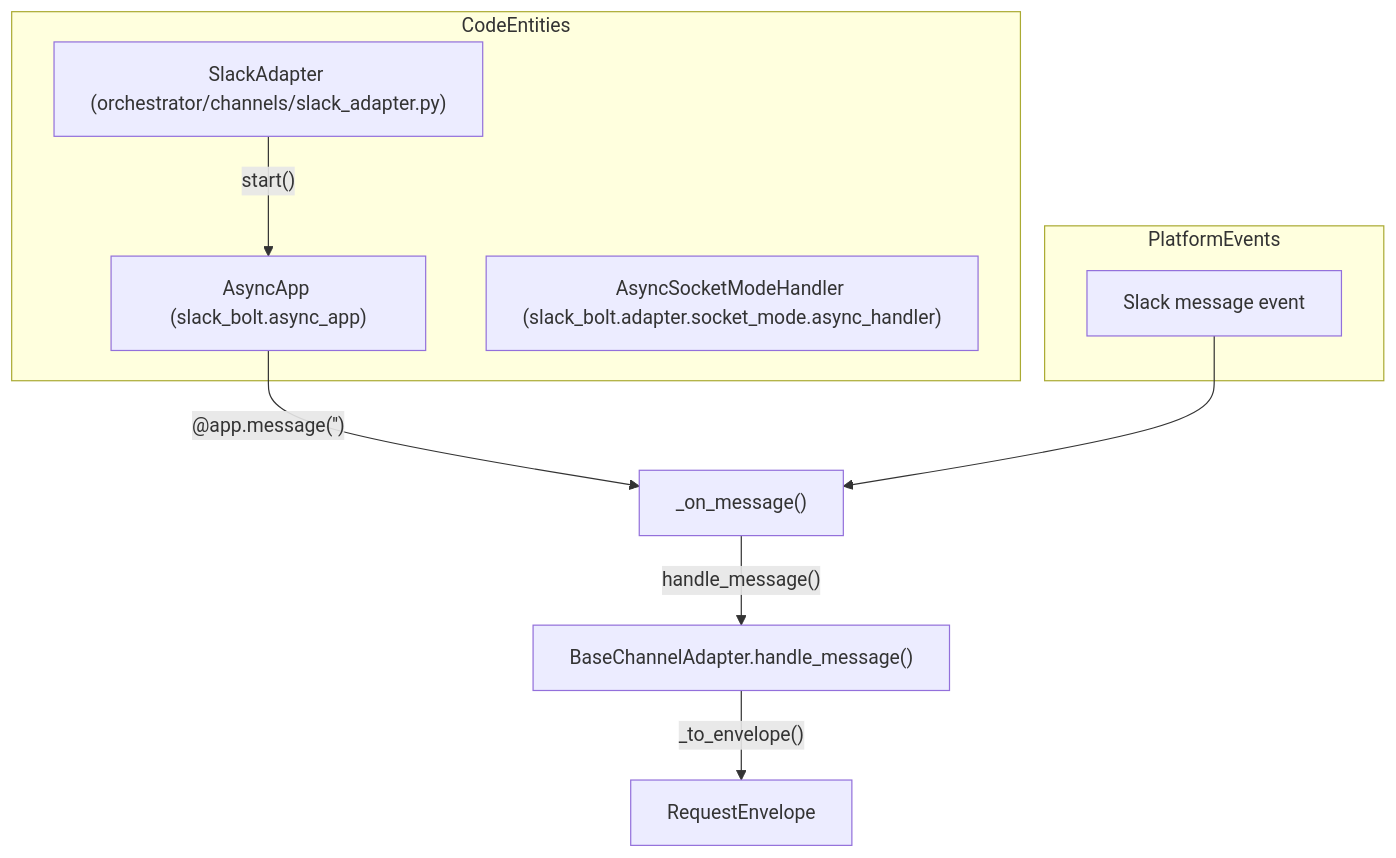
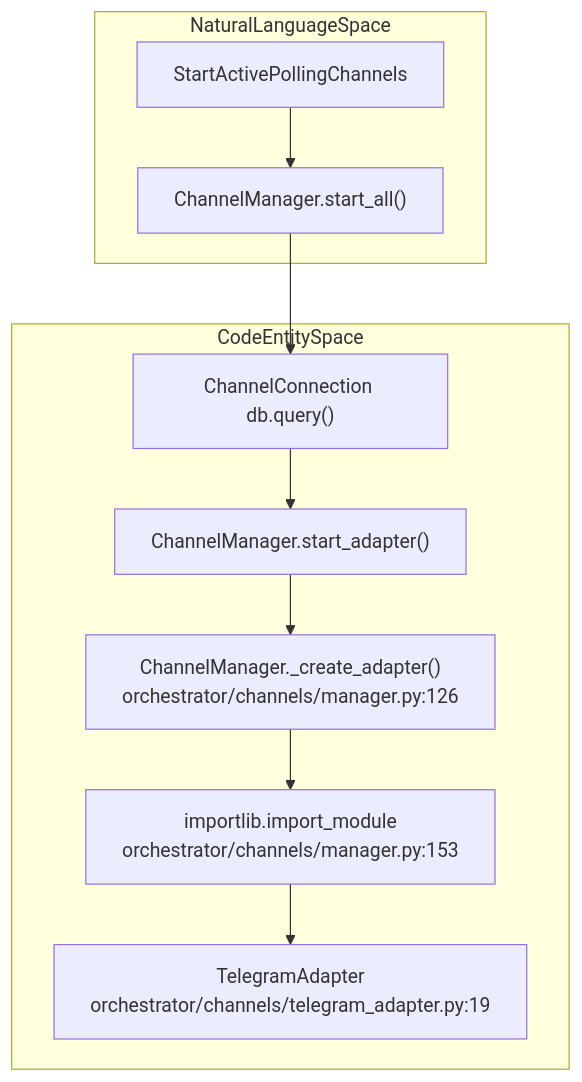
The first of 2 diagrams in docs/channel-integrations/platform-adapters.md (AutomatosAI/automatos-ai), drawn with Mermaid before and after one commit. The commit also changed other lines of this file and 191 other files, not shown here.

````diff
--- a/docs/channel-integrations/platform-adapters.md
+++ b/docs/channel-integrations/platform-adapters.md
@@ -107,18 +71,13 @@
 ```mermaid
-graph TB
-    subgraph "CodeEntities"
-        SA["SlackAdapter (orchestrator/channels/slack_adapter.py)"]
-        AA["AsyncApp (slack_bolt.async_app)"]
-        SMH["AsyncSocketModeHandler (slack_bolt.adapter.socket_mode.async_handler)"]
+graph TD
+    subgraph "NaturalLanguageSpace"
+        UserAction["StartActivePollingChannels"] --> ManagerStart["ChannelManager.start_all()"]
     end
-
-    subgraph "PlatformEvents"
-        EV["Slack message event"]
+    subgraph "CodeEntitySpace"
+        ManagerStart --> QueryDB["ChannelConnection db.query()"]
+        QueryDB --> StartAdapter["ChannelManager.start_adapter()"]
+        StartAdapter --> CreateAdapter["ChannelManager._create_adapter()<br/>orchestrator/channels/manager.py:126"]
+        CreateAdapter --> TelegramMod["importlib.import_module<br/>orchestrator/channels/manager.py:153"]
+        TelegramMod --> TelegramCls["TelegramAdapter<br/>orchestrator/channels/telegram_adapter.py:19"]
     end
-
-    SA -->|"start()"| AA
-    AA -->|"@app.message('')"| MH["_on_message()"]
-    EV --> MH
-    MH -->|"handle_message()"| Base["BaseChannelAdapter.handle_message()"]
-    Base -->|"_to_envelope()"| Env["RequestEnvelope"]
 ```
````
